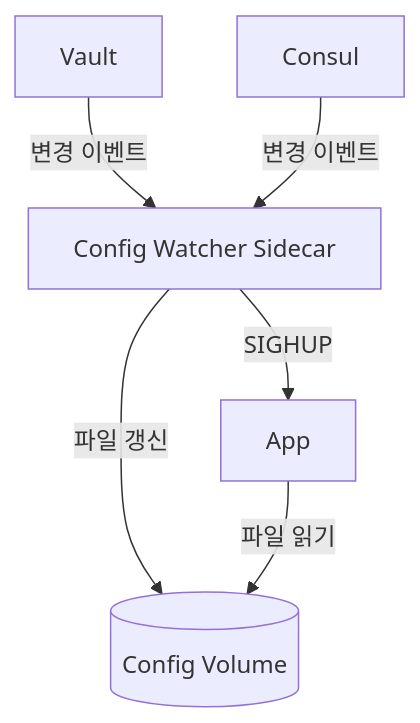
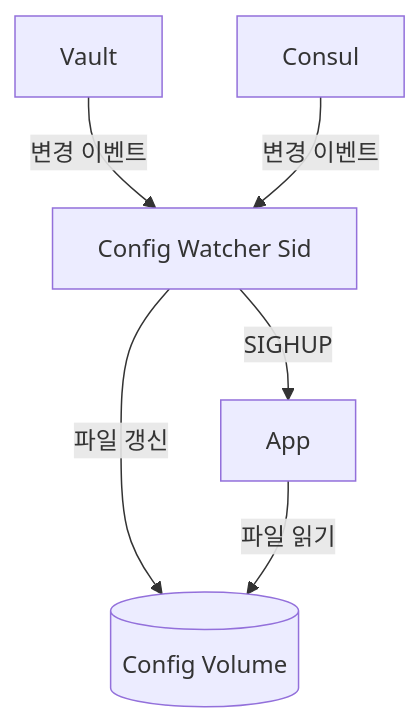
The fourth of 8 diagrams in _posts/architecture/2026-05-02-sidecar-pattern.md (yjkim2015/yjkim2015.github.io), drawn with Mermaid before and after one commit. The commit also changed other lines of this file and 271 other files, not shown here.

First line of the commit message:
Mermaid 라벨 축소: 긴 노드 텍스트 18자 이하로 트림 + \n 제거

````diff
--- a/_posts/architecture/2026-05-02-sidecar-pattern.md
+++ b/_posts/architecture/2026-05-02-sidecar-pattern.md
@@ -114,8 +114,8 @@
 ```mermaid
 graph TD
-    Vault["Vault"] -- 변경 이벤트 --> CS["Config Watcher Sidecar"]
+    Vault["Vault"] -- 변경 이벤트 --> CS["Config Watcher Sid"]
     Consul["Consul"] -- 변경 이벤트 --> CS
     CS -- 파일 갱신 --> CV[("Config Volume")]
     App["App"] -- 파일 읽기 --> CV
     CS -- SIGHUP --> App
 ```
````
